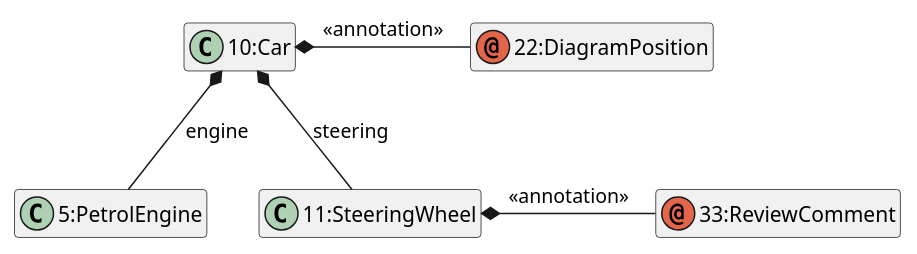
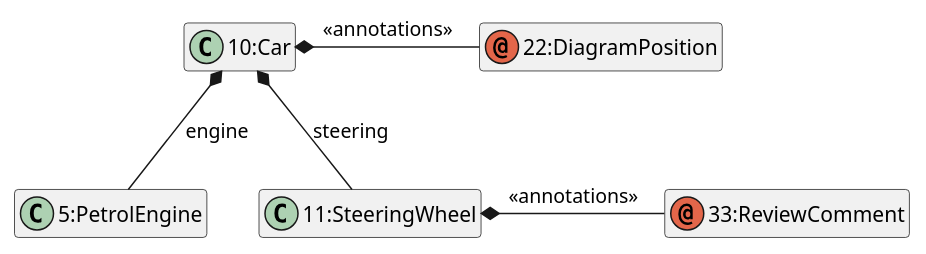
One commit to LionWeb-io/specification changed the third of 14 diagrams in articles/model-anatomy.adoc. Above: the diagram before and after it, drawn with PlantUML. The commit also changed other lines of this file, not shown here.

```diff
--- a/articles/model-anatomy.adoc
+++ b/articles/model-anatomy.adoc
@@ -128,22 +128,22 @@
 [plantuml, carAnnotations, svg]
 ----
 hide empty members
 class car as "10:Car"
 
 class engine as "5:PetrolEngine"
 
 class steering as "11:SteeringWheel"
 
 car *-- engine: engine
 car *-- steering: steering
 
 annotation pos as "22:DiagramPosition"
 
-car *- pos: <<annotation>>
+car *- pos: <<annotations>>
 
 annotation review as "33:ReviewComment"
 
-steering *- review: <<annotation>>
+steering *- review: <<annotations>>
 
 engine -[hidden]> steering
 ----
```
